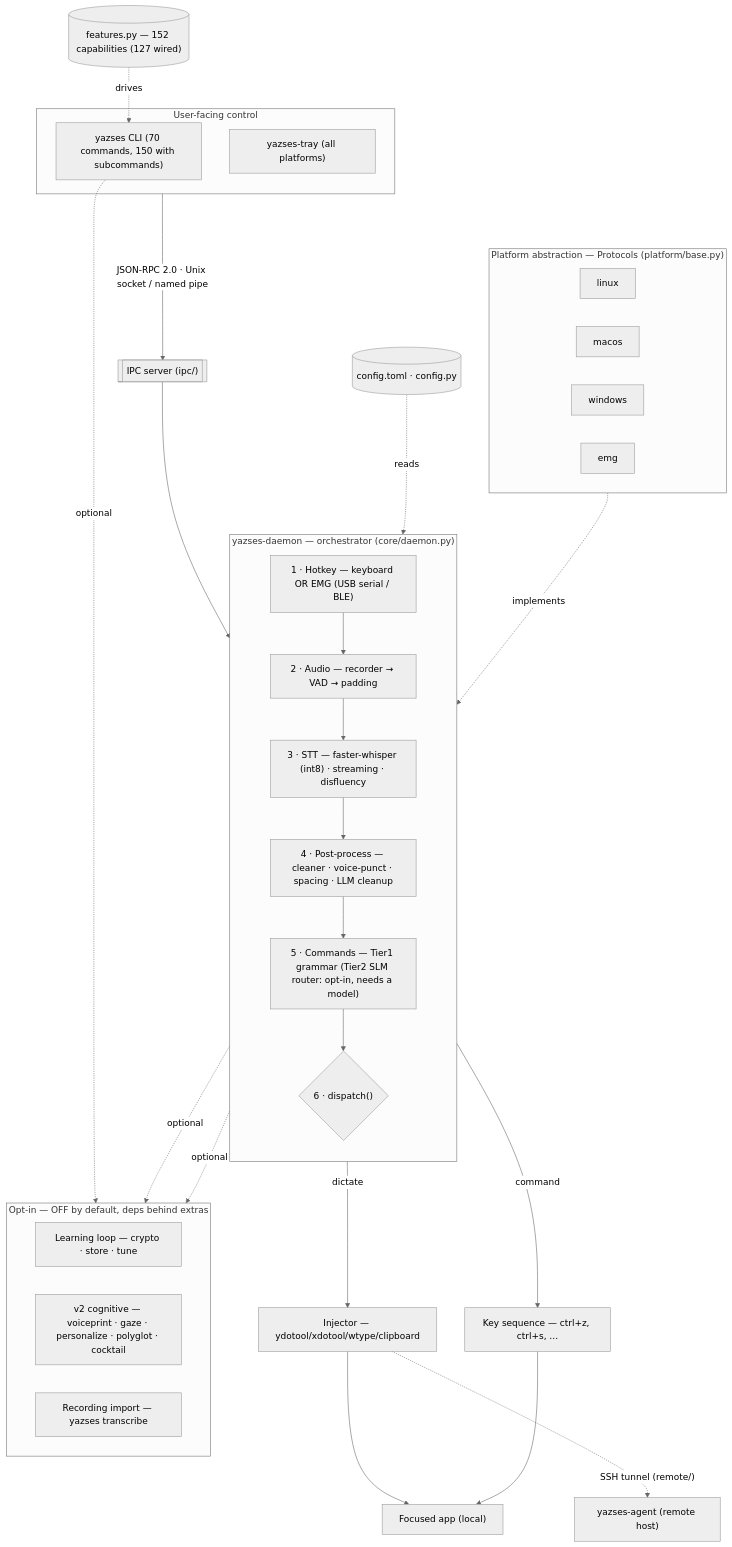
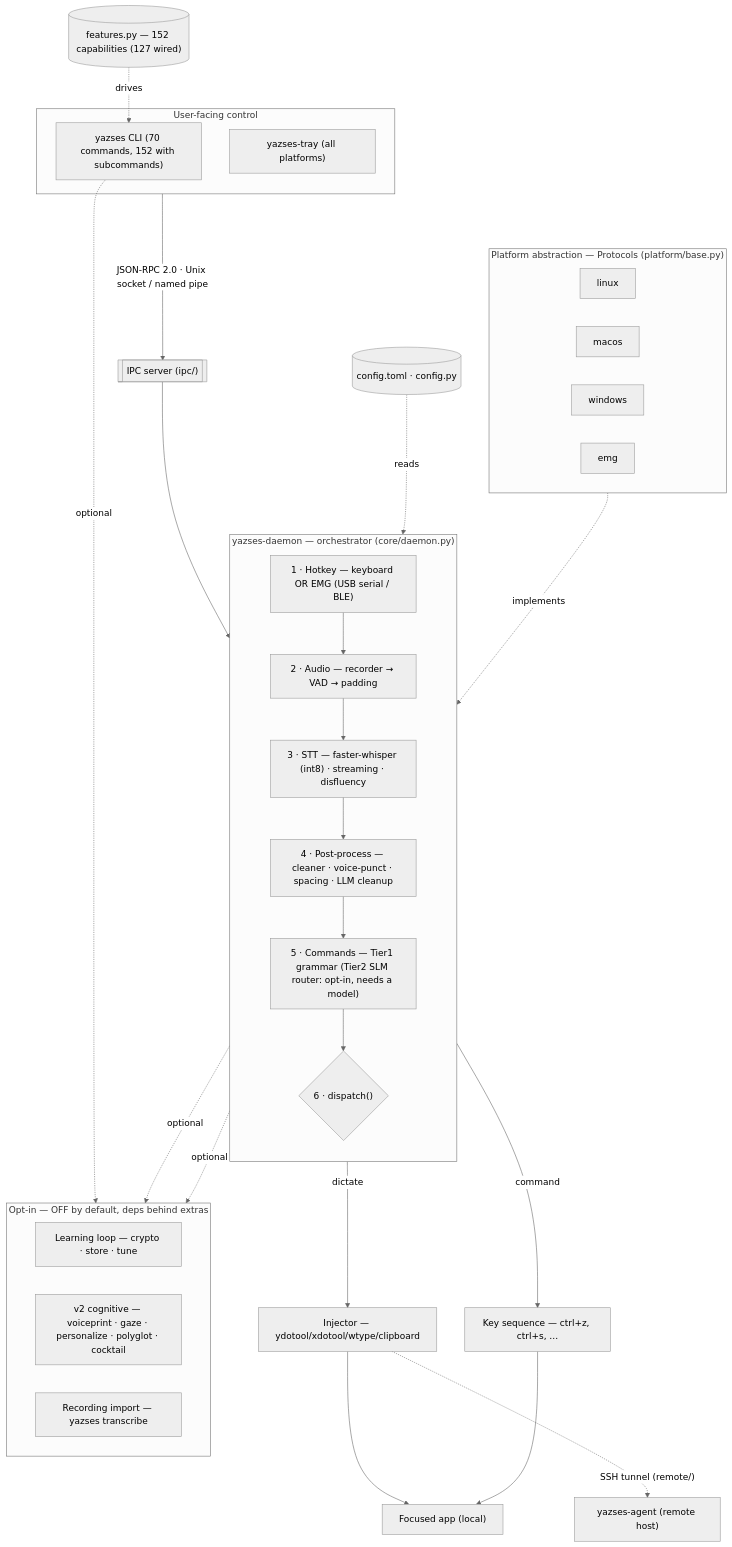
Before and after one commit to MSKazemi/yazses: the diagram in docs/diagrams/index.md, drawn with Mermaid (neutral theme). The commit also changed 3 other files, not shown here.

````diff
--- a/docs/diagrams/index.md
+++ b/docs/diagrams/index.md
@@ -22,50 +22,50 @@
 ```mermaid
 flowchart TB
   subgraph UI["User-facing control"]
-    CLI["yazses CLI (70 commands, 150 with subcommands)"]
+    CLI["yazses CLI (70 commands, 152 with subcommands)"]
     TRAY["yazses-tray (all platforms)"]
   end
   UI -->|"JSON-RPC 2.0 · Unix socket / named pipe"| IPC[["IPC server (ipc/)"]]
   IPC --> DAEMON
 
   subgraph DAEMON["yazses-daemon — orchestrator (core/daemon.py)"]
     direction TB
     HK["1 · Hotkey — keyboard OR EMG (USB serial / BLE)"]
     AUD["2 · Audio — recorder → VAD → padding"]
     STT["3 · STT — faster-whisper (int8) · streaming · disfluency"]
     PP["4 · Post-process — cleaner · voice-punct · spacing · LLM cleanup"]
     CMD["5 · Commands — Tier1 grammar (Tier2 SLM router: opt-in, needs a model)"]
     DIS{"6 · dispatch()"}
     HK --> AUD --> STT --> PP --> CMD --> DIS
   end
 
   CFG[("config.toml · config.py")]
   FEAT[("features.py — 152 capabilities (127 wired)")]
   CFG -. reads .-> DAEMON
   FEAT -. drives .-> CLI
 
   DIS -->|dictate| INJ["Injector — ydotool/xdotool/wtype/clipboard"]
   DIS -->|command| KEYS["Key sequence — ctrl+z, ctrl+s, …"]
   INJ --> APP["Focused app (local)"]
   KEYS --> APP
   INJ -. "SSH tunnel (remote/)" .-> AGENT["yazses-agent (remote host)"]
 
   subgraph PLAT["Platform abstraction — Protocols (platform/base.py)"]
     direction LR
     LNX["linux"]
     MAC["macos"]
     WIN["windows"]
     EMG["emg"]
   end
   PLAT -. implements .-> DAEMON
 
   subgraph OPT["Opt-in — OFF by default, deps behind extras"]
     direction LR
     LEARN["Learning loop — crypto · store · tune"]
     V2["v2 cognitive — voiceprint · gaze · personalize · polyglot · cocktail"]
     RECIMP["Recording import — yazses transcribe"]
   end
   DAEMON -. optional .-> LEARN
   DAEMON -. optional .-> V2
   CLI -. optional .-> RECIMP
 ```
````
